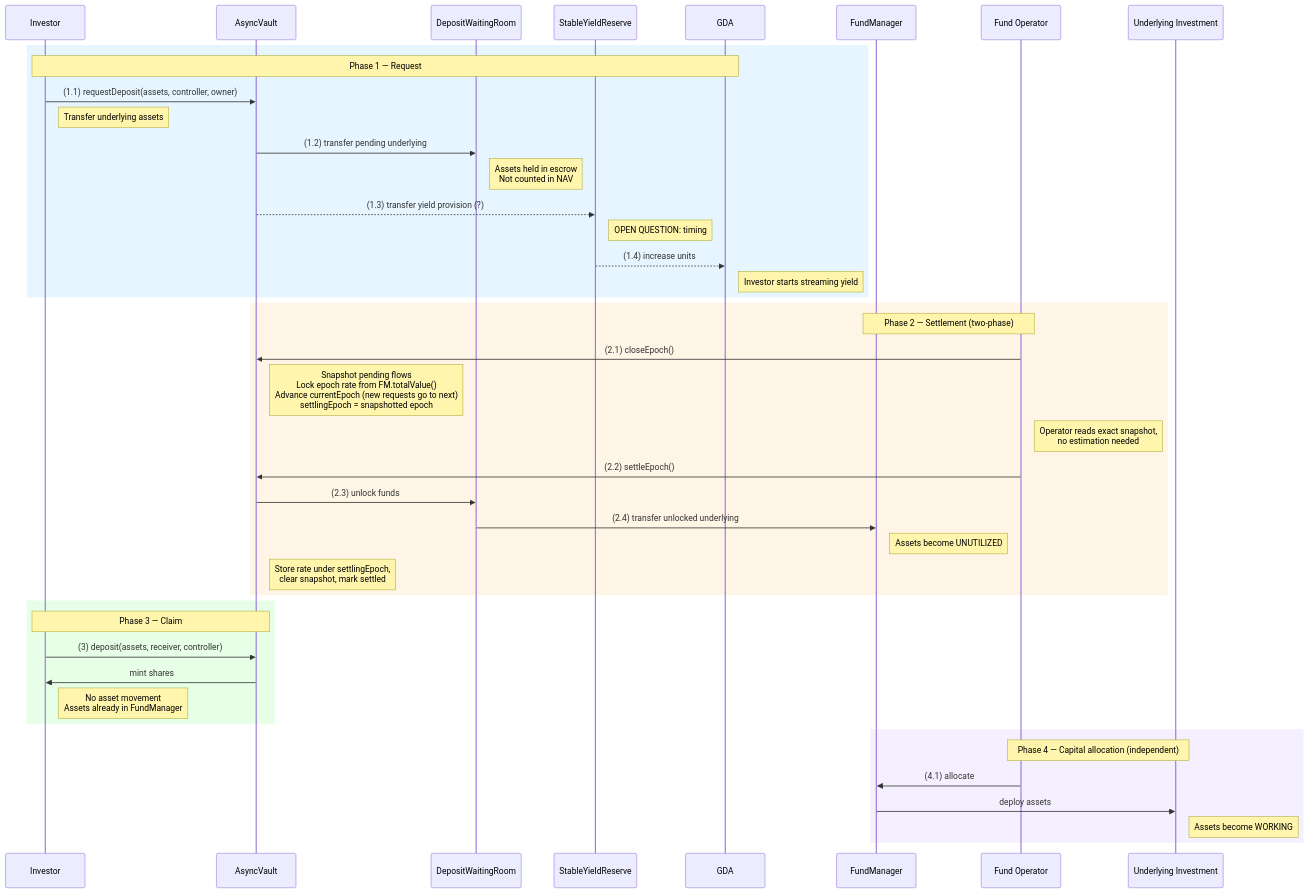
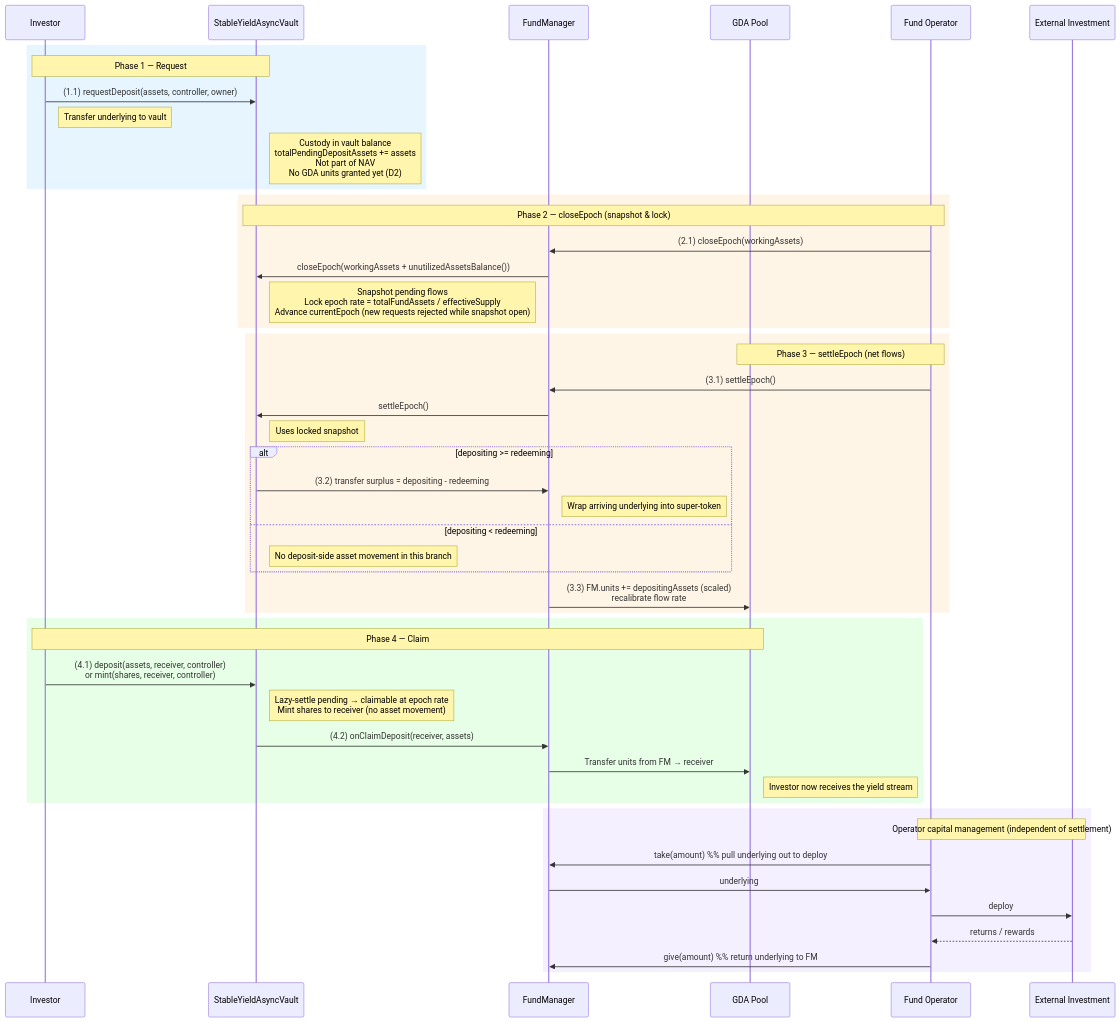
One commit to superfluid-org/stable-yield-vault changed the diagram in docs/flow/deposit-flow.md. Above: the diagram before and after it, drawn with Mermaid. The commit also changed other lines of this file and 2 other files, not shown here.

````diff
--- a/docs/flow/deposit-flow.md
+++ b/docs/flow/deposit-flow.md
@@ -25,49 +25,55 @@
 ```mermaid
 sequenceDiagram
     participant I as Investor
-    participant AV as AsyncVault
-    participant DWR as DepositWaitingRoom
-    participant SYR as StableYieldReserve
-    participant GDA as GDA
+    participant AV as StableYieldAsyncVault
     participant FM as FundManager
+    participant POOL as GDA Pool
     participant FO as Fund Operator
-    participant INV as Underlying Investment
+    participant INV as External Investment
 
     rect rgb(230, 245, 255)
-    Note over I, GDA: Phase 1 — Request
+    Note over I, AV: Phase 1 — Request
     I->>AV: (1.1) requestDeposit(assets, controller, owner)
-    Note right of I: Transfer underlying assets
-    AV->>DWR: (1.2) transfer pending underlying
-    Note right of DWR: Assets held in escrow<br/>Not counted in NAV
-    AV-->>SYR: (1.3) transfer yield provision (?)
-    Note right of SYR: OPEN QUESTION: timing
-    SYR-->>GDA: (1.4) increase units
-    Note right of GDA: Investor starts streaming yield
+    Note right of I: Transfer underlying to vault
+    Note right of AV: Custody in vault balance<br/>totalPendingDepositAssets += assets<br/>Not part of NAV<br/>No GDA units granted yet (D2)
     end
 
     rect rgb(255, 245, 230)
-    Note over FO, FM: Phase 2 — Settlement (two-phase)
-    FO->>AV: (2.1) closeEpoch()
-    Note right of AV: Snapshot pending flows<br/>Lock epoch rate from FM.totalValue()<br/>Advance currentEpoch (new requests go to next)<br/>settlingEpoch = snapshotted epoch
-    Note right of FO: Operator reads exact snapshot,<br/>no estimation needed
-    FO->>AV: (2.2) settleEpoch()
-    AV->>DWR: (2.3) unlock funds
-    DWR->>FM: (2.4) transfer unlocked underlying
-    Note right of FM: Assets become UNUTILIZED
-    Note right of AV: Store rate under settlingEpoch,<br/>clear snapshot, mark settled
+    Note over FO, AV: Phase 2 — closeEpoch (snapshot & lock)
+    FO->>FM: (2.1) closeEpoch(workingAssets)
+    FM->>AV: closeEpoch(workingAssets + unutilizedAssetsBalance())
+    Note right of AV: Snapshot pending flows<br/>Lock epoch rate = totalFundAssets / effectiveSupply<br/>Advance currentEpoch (new requests rejected while snapshot open)
+    end
+
+    rect rgb(255, 245, 230)
+    Note over FO, POOL: Phase 3 — settleEpoch (net flows)
+    FO->>FM: (3.1) settleEpoch()
+    FM->>AV: settleEpoch()
+    Note right of AV: Uses locked snapshot
+    alt depositing >= redeeming
+        AV->>FM: (3.2) transfer surplus = depositing - redeeming
+        Note right of FM: Wrap arriving underlying into super-token
+    else depositing < redeeming
+        Note right of AV: No deposit-side asset movement in this branch
+    end
+    FM->>POOL: (3.3) FM.units += depositingAssets (scaled)<br/>recalibrate flow rate
     end
 
     rect rgb(230, 255, 230)
-    Note over I, AV: Phase 3 — Claim
-    I->>AV: (3) deposit(assets, receiver, controller)
-    AV->>I: mint shares
-    Note right of I: No asset movement<br/>Assets already in FundManager
+    Note over I, POOL: Phase 4 — Claim
+    I->>AV: (4.1) deposit(assets, receiver, controller)<br/>or mint(shares, receiver, controller)
+    Note right of AV: Lazy-settle pending → claimable at epoch rate<br/>Mint shares to receiver (no asset movement)
+    AV->>FM: (4.2) onClaimDeposit(receiver, assets)
+    FM->>POOL: Transfer units from FM → receiver
+    Note right of POOL: Investor now receives the yield stream
     end
 
     rect rgb(245, 240, 255)
-    Note over FO, INV: Phase 4 — Capital allocation (independent)
-    FO->>FM: (4.1) allocate
-    FM->>INV: deploy assets
-    Note right of INV: Assets become WORKING
+    Note over FO, INV: Operator capital management (independent of settlement)
+    FO->>FM: take(amount)  %% pull underlying out to deploy
+    FM->>FO: underlying
+    FO->>INV: deploy
+    INV-->>FO: returns / rewards
+    FO->>FM: give(amount)  %% return underlying to FM
     end
 ```
````
